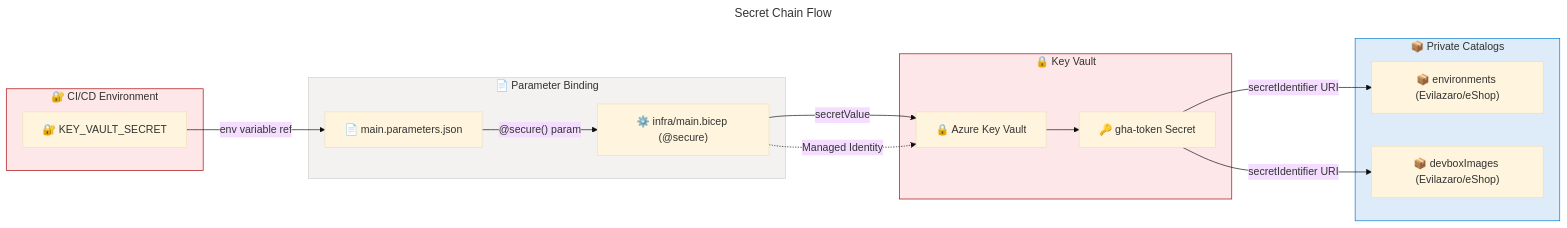
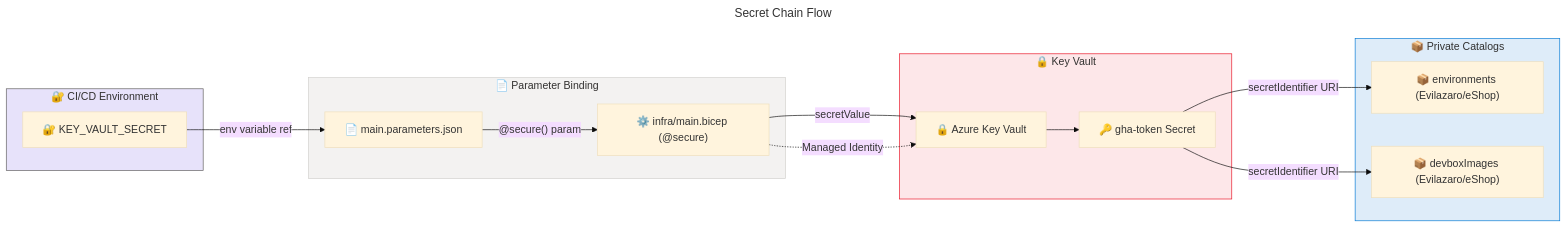
One commit to Evilazaro/DevExp-DevBox changed the eighth of 9 diagrams in docs/architecture/data-architecture.md. Above: the diagram before and after it, drawn with Mermaid. The commit also changed other lines of this file, not shown here.

Commit message:
style: update color codes in flowcharts for improved visibility and consistency

````diff
--- a/docs/architecture/data-architecture.md
+++ b/docs/architecture/data-architecture.md
@@ -1022,56 +1022,56 @@
 ```mermaid
 ---
 title: Secret Chain Flow
 config:
   theme: base
   look: classic
   layout: dagre
   themeVariables:
     fontSize: '16px'
 ---
 flowchart LR
     %% ═══════════════════════════════════════════════════════════════════════════
     %% AZURE / FLUENT ARCHITECTURE PATTERN v1.1
     %% (Semantic + Structural + Font + Accessibility Governance)
     %% ═══════════════════════════════════════════════════════════════════════════
     %% PHASE 1 - STRUCTURAL: Direction explicit, flat topology, nesting ≤ 3
     %% PHASE 2 - SEMANTIC: Colors justified, max 5 semantic classes, neutral-first
     %% PHASE 3 - FONT: Dark text on light backgrounds, contrast ≥ 4.5:1
     %% PHASE 4 - ACCESSIBILITY: accTitle/accDescr present, icons on all nodes
     %% PHASE 5 - STANDARD: Governance block present, classDefs centralized
     %% ═══════════════════════════════════════════════════════════════════════════
 
     accTitle: Secret Chain Flow
     accDescr: End-to-end flow of the GitHub access token from CI/CD environment through Key Vault to private catalog authentication
 
     subgraph CICD["🔐 CI/CD Environment"]
         ENV["🔐 KEY_VAULT_SECRET"]
     end
-    style CICD fill:#FDE7E9,stroke:#A80000,color:#323130
+    style CICD fill:#E7E2FA,stroke:#605E5C,color:#323130
 
     subgraph PARAMS["📄 Parameter Binding"]
         PJ["📄 main.parameters.json"]
         MB["⚙️ infra/main.bicep (@secure)"]
     end
     style PARAMS fill:#F3F2F1,stroke:#D2D0CE,color:#323130
 
     subgraph VAULT["🔒 Key Vault"]
         KV["🔒 Azure Key Vault"]
         SC["🔑 gha-token Secret"]
     end
-    style VAULT fill:#FDE7E9,stroke:#A80000,color:#323130
+    style VAULT fill:#FDE7E9,stroke:#E81123,color:#323130
 
     subgraph CONSUMERS["📦 Private Catalogs"]
         C1["📦 environments (Evilazaro/eShop)"]
         C2["📦 devboxImages (Evilazaro/eShop)"]
     end
     style CONSUMERS fill:#DEECF9,stroke:#0078D4,color:#323130
 
     ENV -->|"env variable ref"| PJ
     PJ -->|"@secure() param"| MB
     MB -->|"secretValue"| KV
     KV --> SC
     SC -->|"secretIdentifier URI"| C1
     SC -->|"secretIdentifier URI"| C2
     MB -.->|"Managed Identity"| KV
 ```
````
